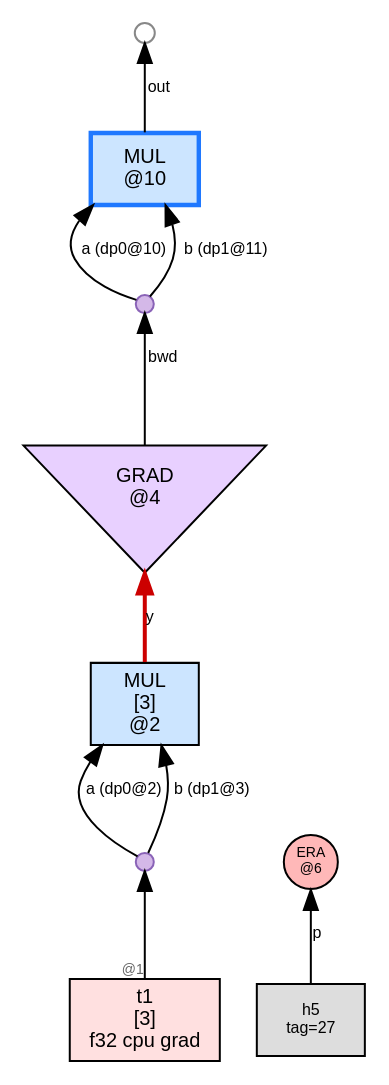
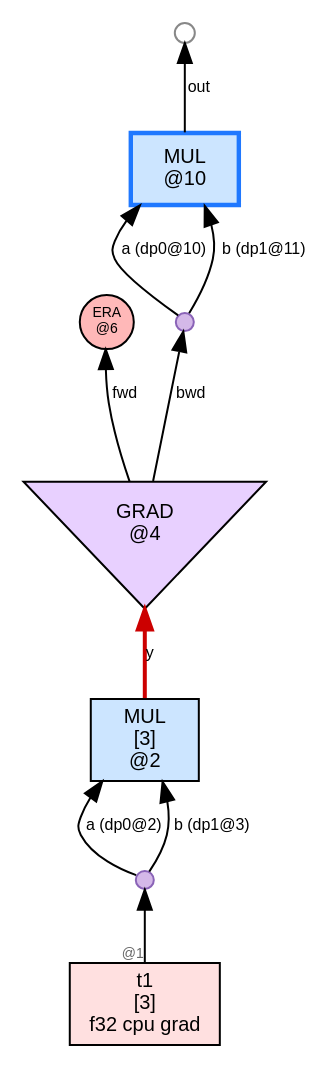
The diagram in wl/examples/thvm_graphs/grad_rules/chained_compute/thvm_0_pre_reduce.dot (sw1sh/TinyHVM), drawn with Graphviz before and after one commit. The commit also changed 16 other files, not shown here.

First line of the commit message:
grad: ERA-consumes-TAG_GF/GB renders as GRAD cell edge, not raw heap

```diff
--- a/wl/examples/thvm_graphs/grad_rules/chained_compute/thvm_0_pre_reduce.dot
+++ b/wl/examples/thvm_graphs/grad_rules/chained_compute/thvm_0_pre_reduce.dot
@@ -1,24 +1,23 @@
 digraph G {
   rankdir=BT;
   node [fontname="Helvetica", fontsize=10, style=filled, shape=box, margin="0.1,0.05"];
   edge [fontsize=8, fontname="Helvetica"];
 
   n2 [label="MUL\n[3]\n@2", shape=box, fillcolor="#cce5ff"];
   dup1 [label="", shape=circle, width=0.12, height=0.12, fixedsize=true, fillcolor="#d4b8e8", color="#8a63b7", fontsize=1];
   t1 [label="t1\n[3]\nf32 cpu grad",shape=box,fillcolor="#ffe0e0"];
   t1 -> dup1[label="",taillabel="@1",labelfontsize=7,fontcolor="#666666"];
   dup1 -> n2 [label="a (dp0@2)"];
   dup1 -> n2 [label="b (dp1@3)"];
   era6 [label="ERA\n@6",shape=circle,width=0.38,height=0.38,fixedsize=true,fillcolor="#ffb8b8",fontsize=7];
-  h5 [label="h5\ntag=27", shape=box, fillcolor="#dddddd", fontsize=8];
-  h5 -> era6 [label="p"];
+  grad4 [label="GRAD\n@4", shape=invtriangle, fillcolor="#e8d0ff"];
+  n2 -> grad4 [label="y",color="#cc0000",penwidth=2.0];
+  grad4 -> era6 [label="fwd"];
   n10 [label="MUL\n@10", shape=box, fillcolor="#cce5ff",color="#1f78ff",penwidth=2.2];
   dup12 [label="", shape=circle, width=0.12, height=0.12, fixedsize=true, fillcolor="#d4b8e8", color="#8a63b7", fontsize=1];
-  grad4 [label="GRAD\n@4", shape=invtriangle, fillcolor="#e8d0ff"];
-  n2 -> grad4 [label="y",color="#cc0000",penwidth=2.0];
   grad4 -> dup12 [label="bwd"];
   dup12 -> n10 [label="a (dp0@10)"];
   dup12 -> n10 [label="b (dp1@11)"];
   free10_1000 [label="",shape=circle,width=0.14,height=0.14,fixedsize=true,fillcolor="#ffffff",color="#888888",fontsize=1];
   n10 -> free10_1000 [label="out"];
 }
```
